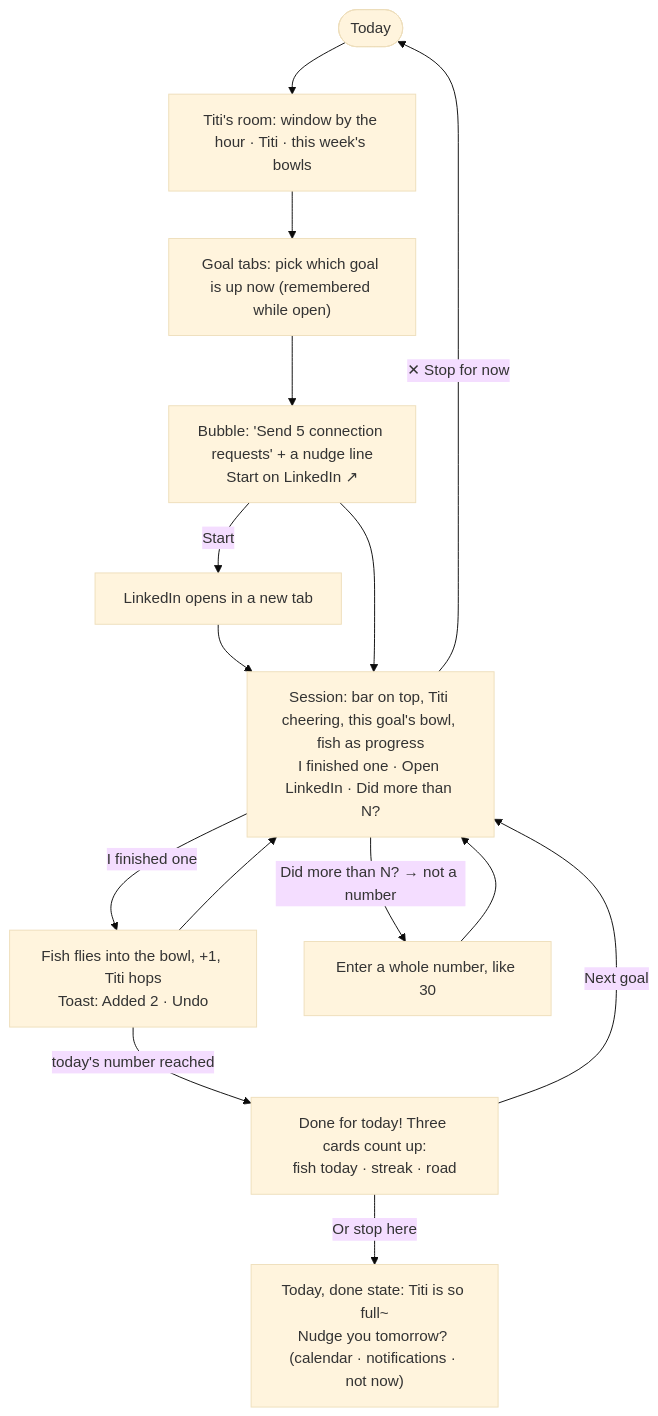
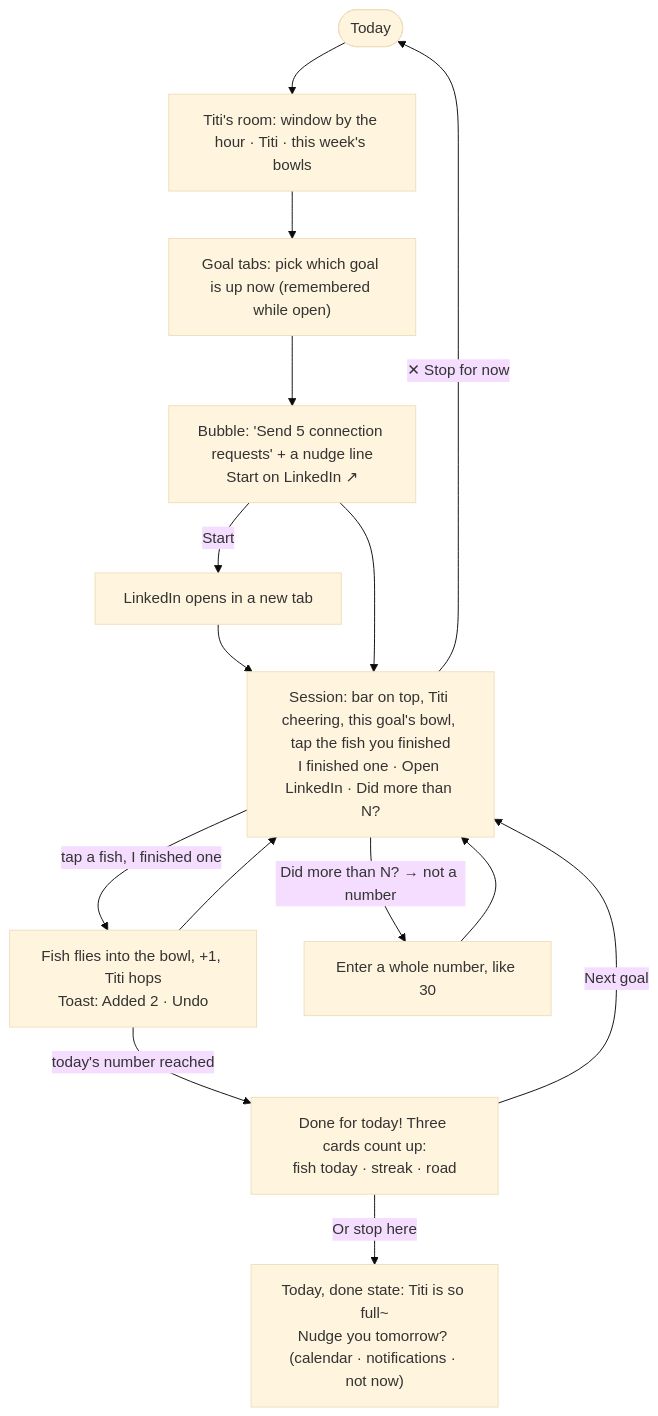
The second of 4 diagrams in flows.md (jessieyiqichen/dbs-a3), drawn with Mermaid (base theme) before and after one commit. The commit also changed 6 other files, not shown here.

Commit message:
fix: fish are tappable again in the session, alongside I finished one

````diff
--- a/flows.md
+++ b/flows.md
@@ -36,16 +36,16 @@
 ```mermaid
 flowchart TD
     T([Today]) --> R["Titi's room: window by the hour · Titi · this week's bowls"]
     R --> G["Goal tabs: pick which goal is up now (remembered while open)"]
     G --> B["Bubble: 'Send 5 connection requests' + a nudge line\nStart on LinkedIn ↗"]
     B -->|Start| L[LinkedIn opens in a new tab]
     L --> S
-    B --> S["Session: bar on top, Titi cheering, this goal's bowl, fish as progress\nI finished one · Open LinkedIn · Did more than N?"]
-    S -->|I finished one| F["Fish flies into the bowl, +1, Titi hops\nToast: Added 2 · Undo"]
+    B --> S["Session: bar on top, Titi cheering, this goal's bowl, tap the fish you finished\nI finished one · Open LinkedIn · Did more than N?"]
+    S -->|tap a fish, I finished one| F["Fish flies into the bowl, +1, Titi hops\nToast: Added 2 · Undo"]
     F --> S
     S -->|Did more than N? → not a number| SE["Enter a whole number, like 30"] --> S
     S -->|✕ Stop for now| T
     F -->|today's number reached| D["Done for today! Three cards count up:\nfish today · streak · road"]
     D -->|Next goal| S
     D -->|Or stop here| T2["Today, done state: Titi is so full~\nNudge you tomorrow? (calendar · notifications · not now)"]
 ```
````
